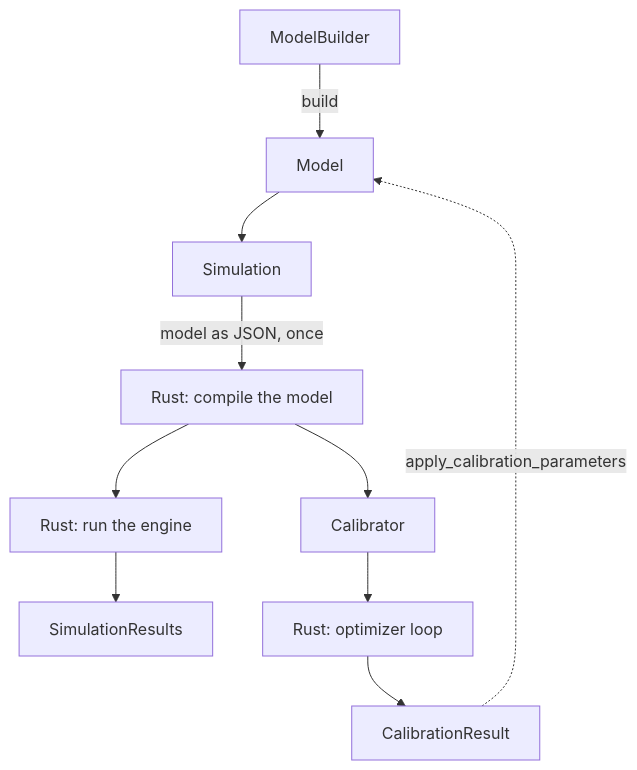
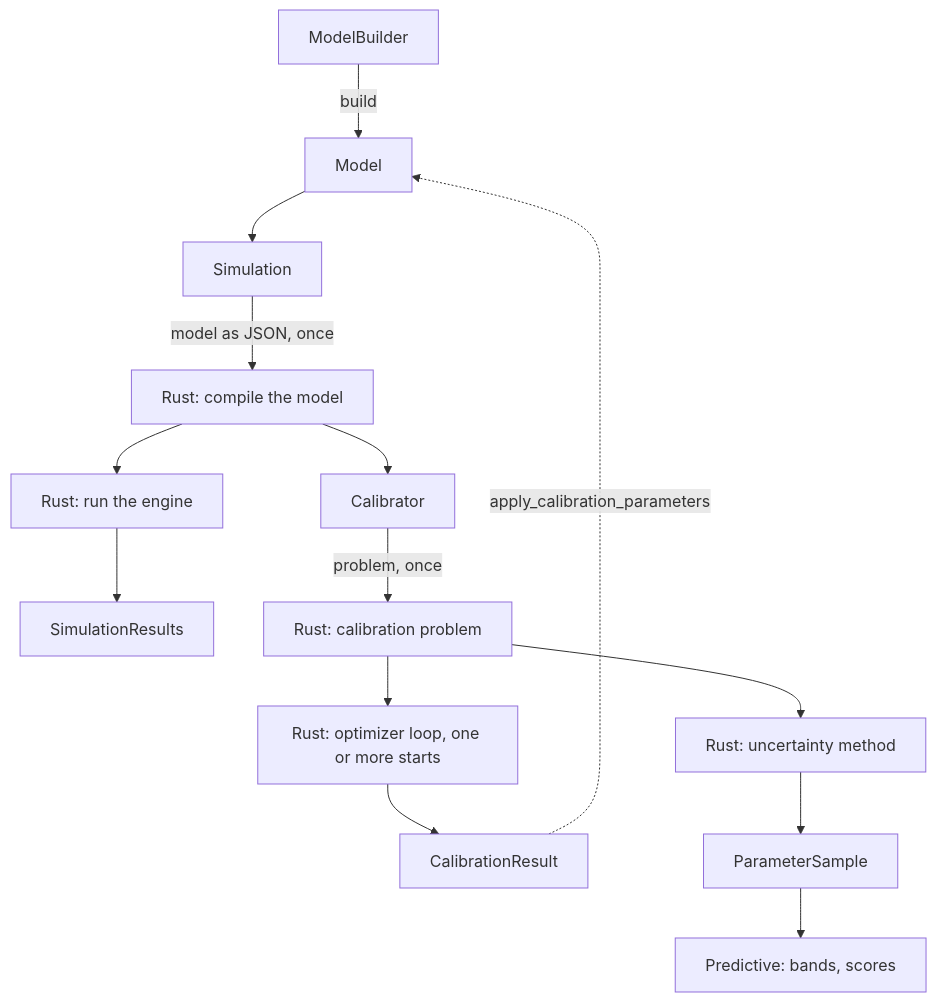
One commit to MUNQU/commol changed the third of 3 diagrams in docs/codebase/architecture.md. Above: the diagram before and after it, drawn with Mermaid. The commit also changed other lines of this file, not shown here.

Commit message:
docs(codebase): show the calibration layers and commol-inference in the architecture

````diff
--- a/docs/codebase/architecture.md
+++ b/docs/codebase/architecture.md
@@ -80,12 +86,16 @@
 ```mermaid
 flowchart TB
     A[ModelBuilder] -->|build| B[Model]
     B --> S[Simulation]
     S -->|model as JSON, once| K[Rust: compile the model]
     K --> R[Rust: run the engine]
     R --> SR[SimulationResults]
     K --> CAL[Calibrator]
-    CAL --> L[Rust: optimizer loop]
+    CAL -->|problem, once| P[Rust: calibration problem]
+    P --> L[Rust: optimizer loop, one or more starts]
     L --> CR[CalibrationResult]
     CR -.->|apply_calibration_parameters| B
+    P --> U[Rust: uncertainty method]
+    U --> PS[ParameterSample]
+    PS --> PR[Predictive: bands, scores]
 ```
````
